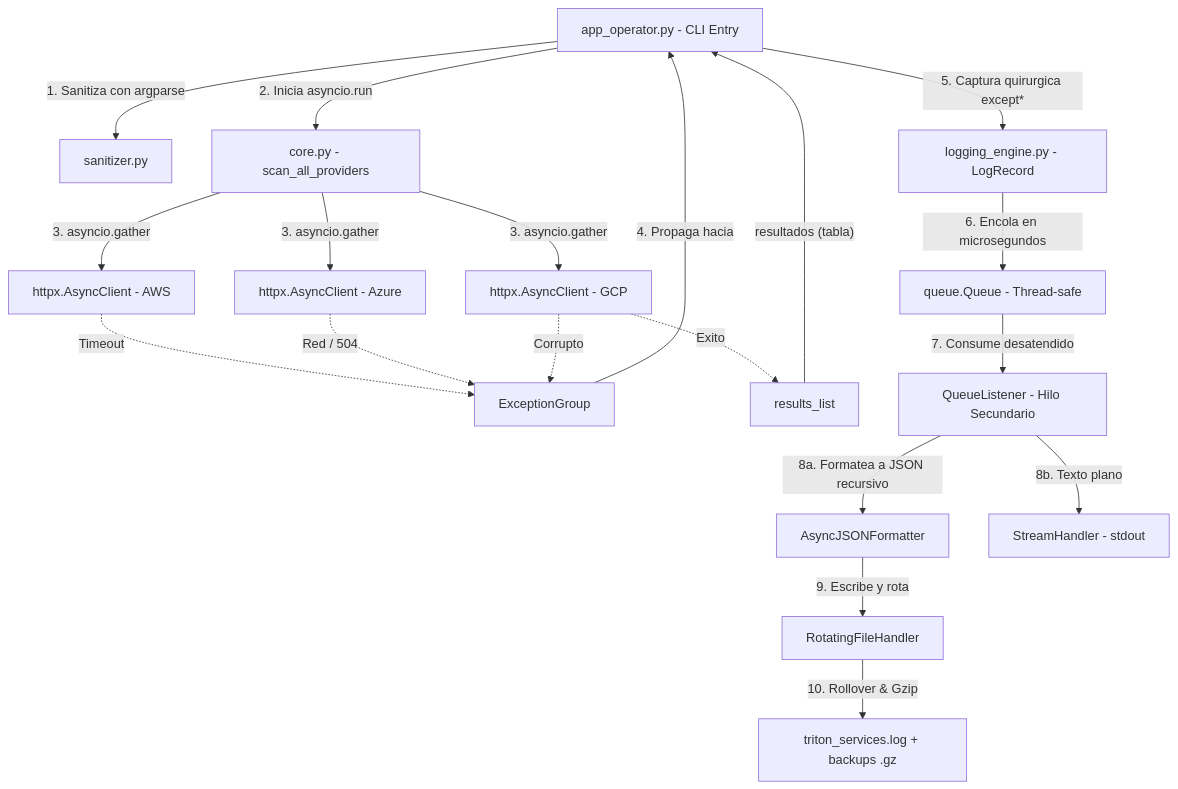
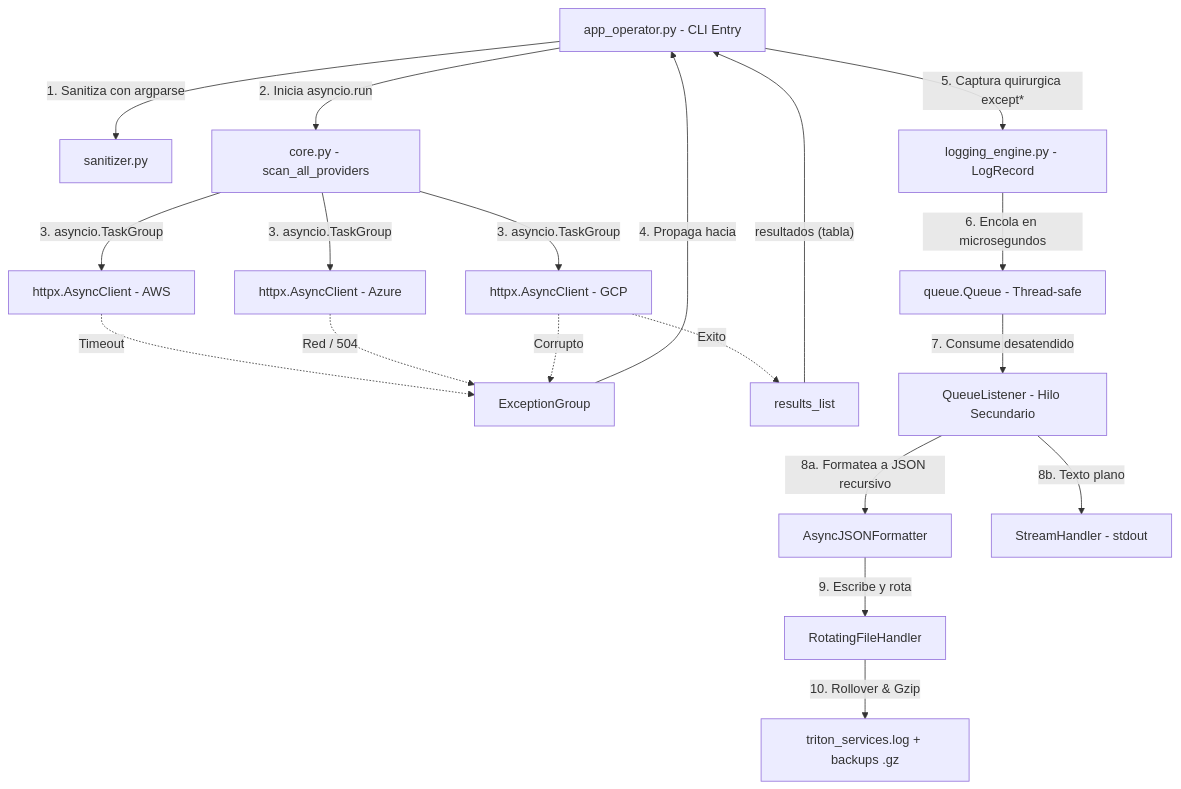
One commit to Ferco7/triton_monitor changed the diagram in README.md. Above: the diagram before and after it, drawn with Mermaid. The commit also changed other lines of this file and 2 other files, not shown here.

Commit message:
rol 2: migrar de gather a TaskGroup + wrapper para alinear con la consigna
Se reemplaza asyncio.gather por asyncio.TaskGroup con un wrapper
(_run_mission_with_capture) que aísla cada fallo como valor para evitar
el fail-fast y conservar las 3 categorias del arbol forense, siguiendo
la letra de la consigna.

````diff
--- a/README.md
+++ b/README.md
@@ -86,37 +86,37 @@
 ```mermaid
 graph TD
     CLI["app_operator.py - CLI Entry"]
     SAN["sanitizer.py"]
     CORE["core.py - scan_all_providers"]
     AWS["httpx.AsyncClient - AWS"]
     AZURE["httpx.AsyncClient - Azure"]
     GCP["httpx.AsyncClient - GCP"]
     EXC["ExceptionGroup"]
     RES["results_list"]
     LOG_ENG["logging_engine.py - LogRecord"]
     QUEUE["queue.Queue - Thread-safe"]
     LISTENER["QueueListener - Hilo Secundario"]
     FMT["AsyncJSONFormatter"]
     HANDLER["RotatingFileHandler"]
     CONSOLE["StreamHandler - stdout"]
     LOG_FILE["triton_services.log + backups .gz"]
 
     CLI -- "1. Sanitiza con argparse" --> SAN
     CLI -- "2. Inicia asyncio.run" --> CORE
-    CORE -- "3. asyncio.gather" --> AWS
-    CORE -- "3. asyncio.gather" --> AZURE
-    CORE -- "3. asyncio.gather" --> GCP
+    CORE -- "3. asyncio.TaskGroup" --> AWS
+    CORE -- "3. asyncio.TaskGroup" --> AZURE
+    CORE -- "3. asyncio.TaskGroup" --> GCP
     AWS -. "Timeout" .-> EXC
     AZURE -. "Red / 504" .-> EXC
     GCP -. "Corrupto" .-> EXC
     GCP -. "Exito" .-> RES
     EXC -- "4. Propaga hacia" --> CLI
     RES -- "resultados (tabla)" --> CLI
     CLI -- "5. Captura quirurgica except*" --> LOG_ENG
     LOG_ENG -- "6. Encola en microsegundos" --> QUEUE
     QUEUE -- "7. Consume desatendido" --> LISTENER
     LISTENER -- "8a. Formatea a JSON recursivo" --> FMT
     LISTENER -- "8b. Texto plano" --> CONSOLE
     FMT -- "9. Escribe y rota" --> HANDLER
     HANDLER -- "10. Rollover & Gzip" --> LOG_FILE
 ```
````
